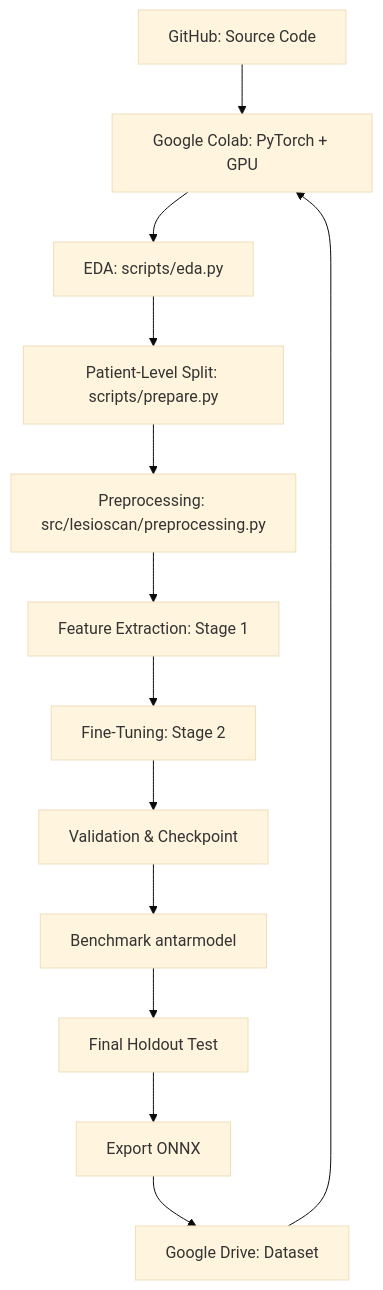
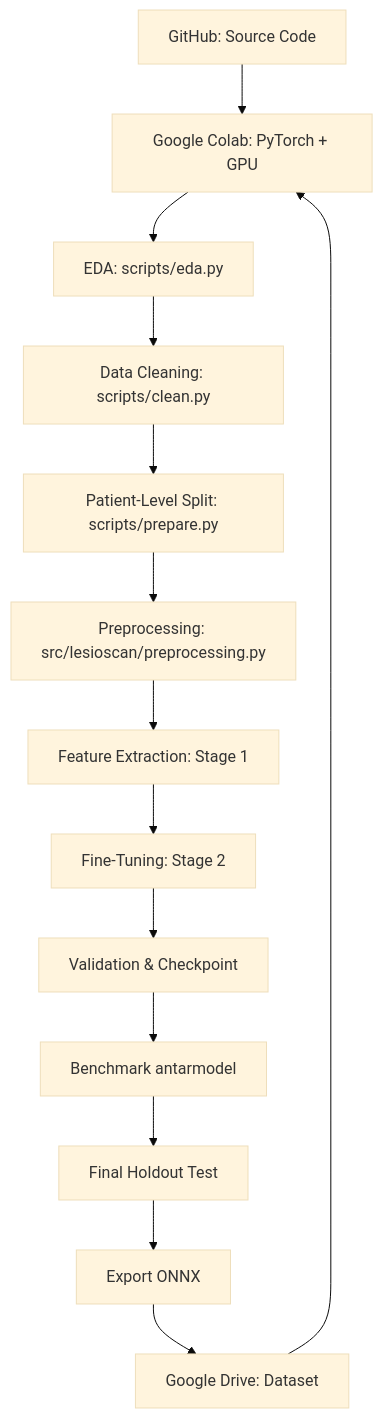
The diagram in README.md (Liex2810/lesioscan-ml), drawn with Mermaid (base theme) before and after one commit. The commit also changed other lines of this file and 27 other files, not shown here.

````diff
--- a/README.md
+++ b/README.md
@@ -10,15 +10,16 @@
 ```mermaid
 flowchart TD
   GitHub[GitHub: Source Code] --> Colab[Google Colab: PyTorch + GPU]
   Drive[Google Drive: Dataset] --> Colab
   Colab --> EDA[EDA: scripts/eda.py]
-  EDA --> Split[Patient-Level Split: scripts/prepare.py]
+  EDA --> Cleaning[Data Cleaning: scripts/clean.py]
+  Cleaning --> Split[Patient-Level Split: scripts/prepare.py]
   Split --> Prep[Preprocessing: src/lesioscan/preprocessing.py]
   Prep --> F[Feature Extraction: Stage 1]
   F --> FT[Fine-Tuning: Stage 2]
   FT --> V[Validation & Checkpoint]
   V --> B[Benchmark antarmodel]
   B --> T[Final Holdout Test]
   T --> ONNX[Export ONNX]
   ONNX --> Drive
 ```
````
